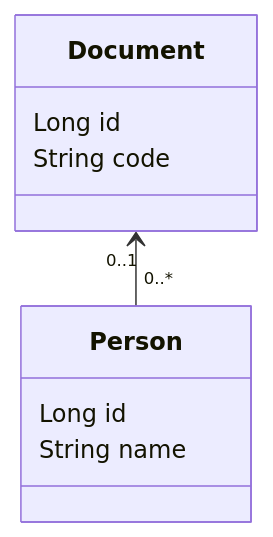
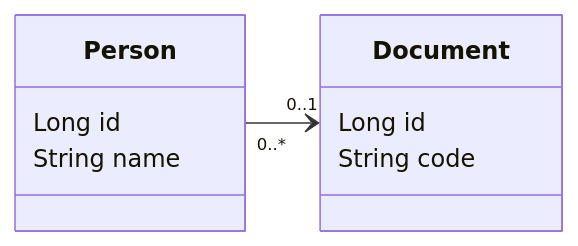
One commit to lucasvalenteds/poc-jpa-many-to-one changed the diagram in README.md. Above: the diagram before and after it, drawn with Mermaid.

Commit message:
Changing README ER diagram direction
Displaying entities horizontally instead of vertically.

````diff
--- a/README.md
+++ b/README.md
@@ -22,15 +22,15 @@
 ```mermaid
 classDiagram
-direction BT
+direction LR
 
 class Document {
     Long  id
     String  code
 }
 class Person {
     Long  id
     String  name
 }
 
 Person "0..*" --> "0..1" Document 
 ```
````
